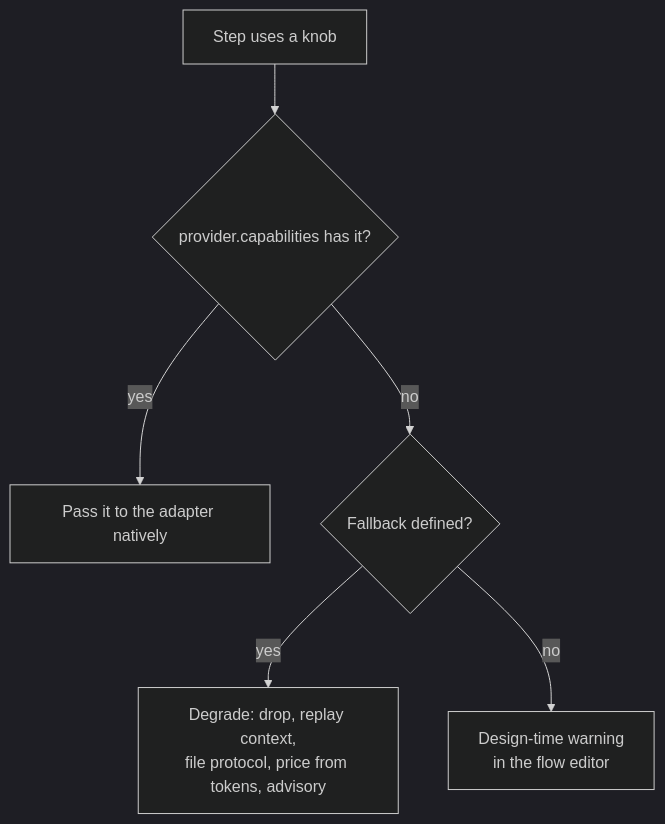
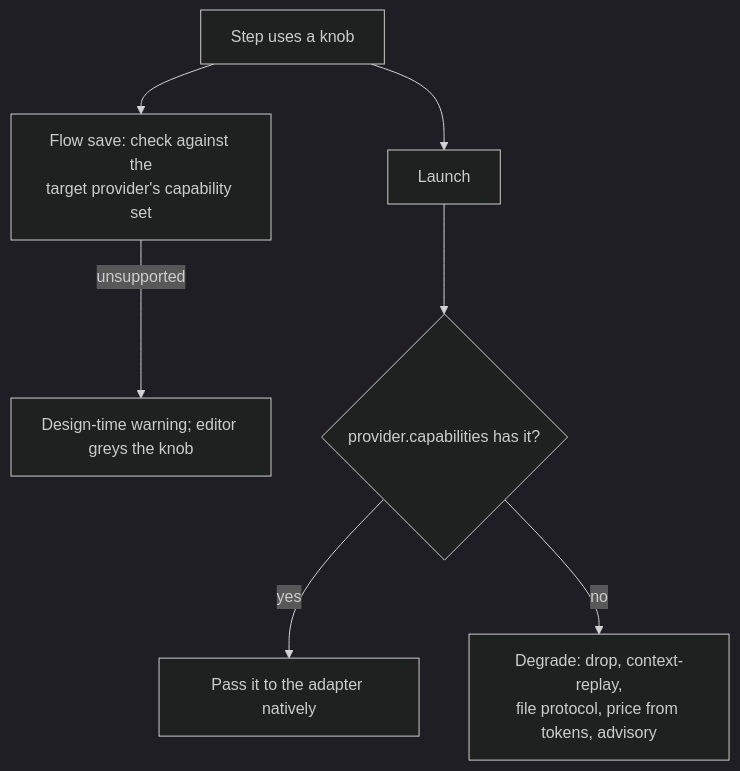
One commit to ClearCloudSoftware/flowboard changed the diagram in docs/FlowBoard/Agent Providers/Capability Negotiation.md. Above: the diagram before and after it, drawn with Mermaid (dark theme). The commit also changed other lines of this file and 25 other files, not shown here.

````diff
--- a/docs/FlowBoard/Agent Providers/Capability Negotiation.md
+++ b/docs/FlowBoard/Agent Providers/Capability Negotiation.md
@@ -23,8 +23,9 @@
 ```mermaid
 flowchart TD
-  K[Step uses a knob] --> Q{provider.capabilities has it?}
+  K[Step uses a knob] --> S[Flow save: check against the<br/>target provider's capability set]
+  S -- unsupported --> W[Design-time warning; editor greys the knob]
+  K --> L[Launch]
+  L --> Q{provider.capabilities has it?}
   Q -- yes --> N[Pass it to the adapter natively]
-  Q -- no --> D{Fallback defined?}
-  D -- yes --> F[Degrade: drop, replay context,<br/>file protocol, price from tokens, advisory]
-  D -- no --> W[Design-time warning<br/>in the flow editor]
+  Q -- no --> F[Degrade: drop, context-replay,<br/>file protocol, price from tokens, advisory]
 ```
````
